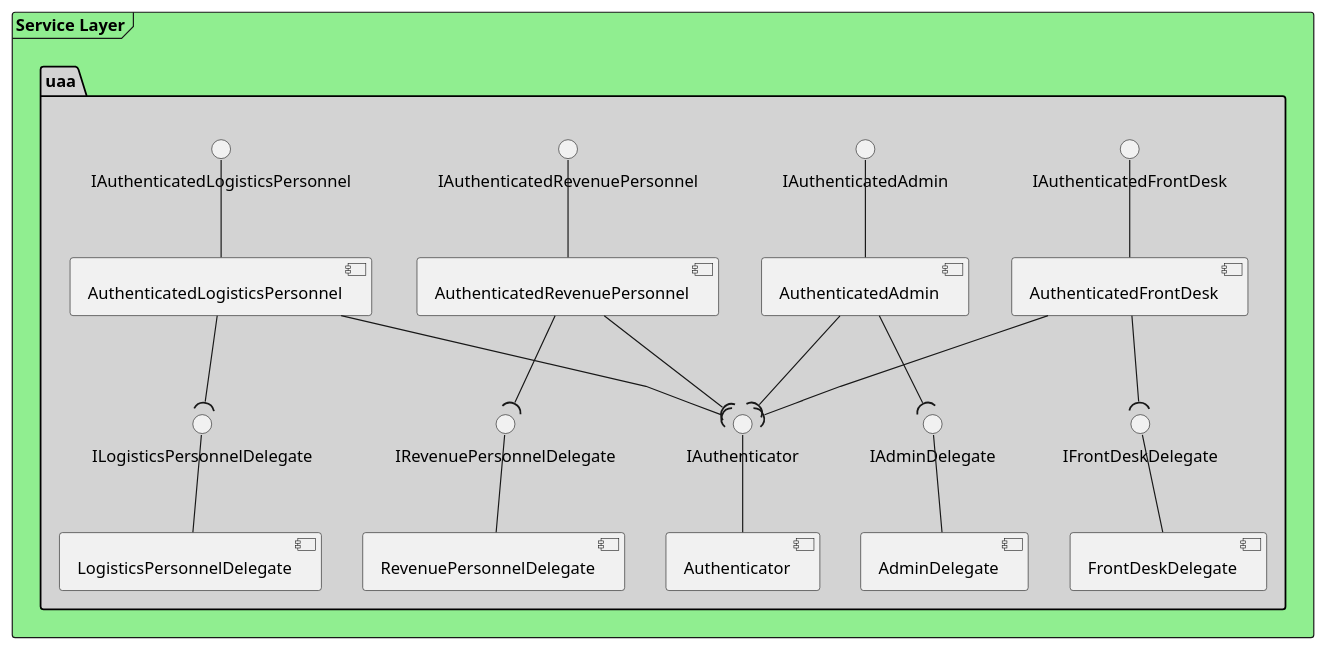
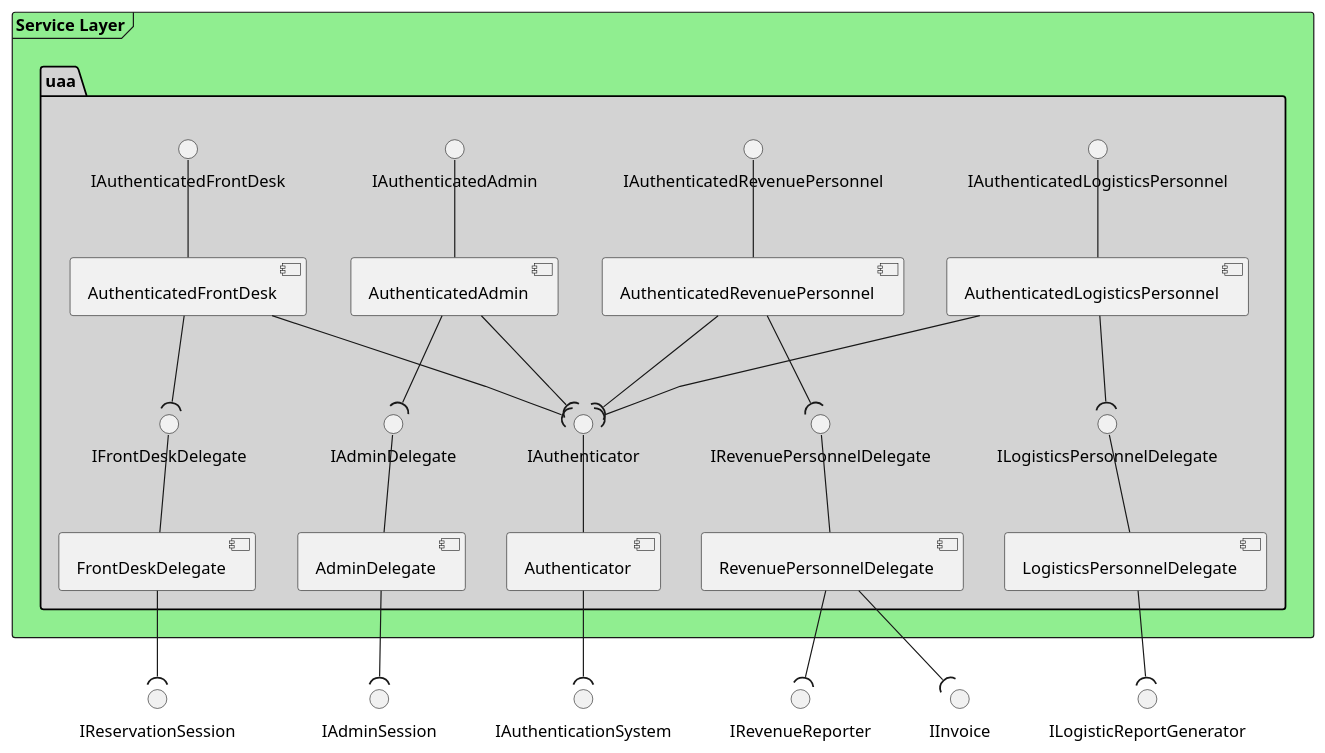
One commit to BBKbeam/mtRooms changed the diagram in docs/uml/architecture/uaa.puml. Above: the diagram before and after it, drawn with PlantUML. The commit also changed 1 other file, not shown here.

Commit message:
[uml] Added the missing interface dependencies from the 'uaa' architecture diagram.

```diff
--- a/docs/uml/architecture/uaa.puml
+++ b/docs/uml/architecture/uaa.puml
@@ -1,34 +1,48 @@
 @startuml
 
 'skinparam linetype ortho
 skinparam linetype polyline
 'skinparam monochrome true
 
 skinparam package {
     backgroundColor lightgrey
 }
 
 frame "Service Layer" #lightgreen {
     package "uaa" {
         IAuthenticator -- [Authenticator]
         IFrontDeskDelegate -- [FrontDeskDelegate]
         IAuthenticatedFrontDesk -- [AuthenticatedFrontDesk]
         IAdminDelegate -- [AdminDelegate]
         IAuthenticatedAdmin -- [AuthenticatedAdmin]
         IRevenuePersonnelDelegate -- [RevenuePersonnelDelegate]
         IAuthenticatedRevenuePersonnel -- [AuthenticatedRevenuePersonnel]
         ILogisticsPersonnelDelegate -- [LogisticsPersonnelDelegate]
         IAuthenticatedLogisticsPersonnel -- [AuthenticatedLogisticsPersonnel]
 
         AuthenticatedFrontDesk --( IAuthenticator
         AuthenticatedFrontDesk --( IFrontDeskDelegate
         AuthenticatedAdmin --( IAuthenticator
         AuthenticatedAdmin --( IAdminDelegate
         AuthenticatedLogisticsPersonnel --( IAuthenticator
         AuthenticatedLogisticsPersonnel --( ILogisticsPersonnelDelegate
         AuthenticatedRevenuePersonnel --( IAuthenticator
         AuthenticatedRevenuePersonnel --( IRevenuePersonnelDelegate
     }
 }
 
+'##---------------------------------##
+'## Service to Business Logic Layer ##
+'##---------------------------------##
+AdminDelegate --( IAdminSession
+
+Authenticator --( IAuthenticationSystem
+
+FrontDeskDelegate --( IReservationSession
+
+RevenuePersonnelDelegate --( IRevenueReporter
+RevenuePersonnelDelegate --( IInvoice
+
+LogisticsPersonnelDelegate --( ILogisticReportGenerator
+
 @enduml
```
